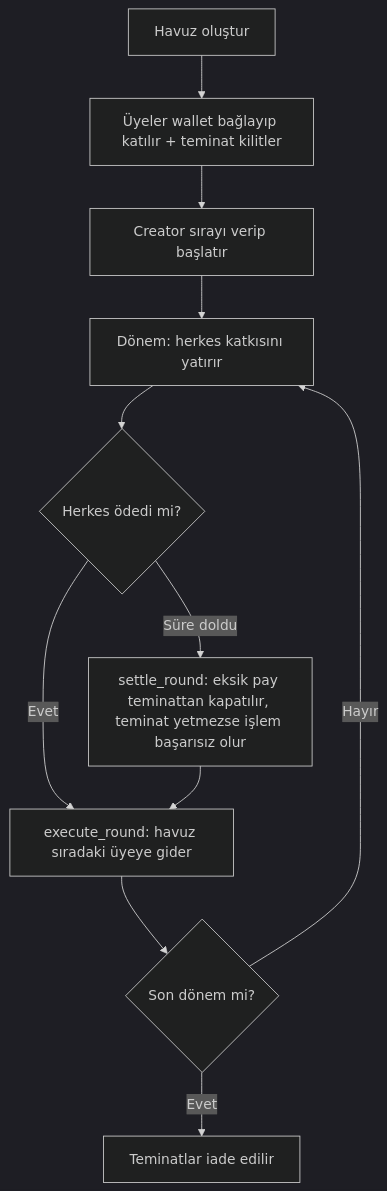
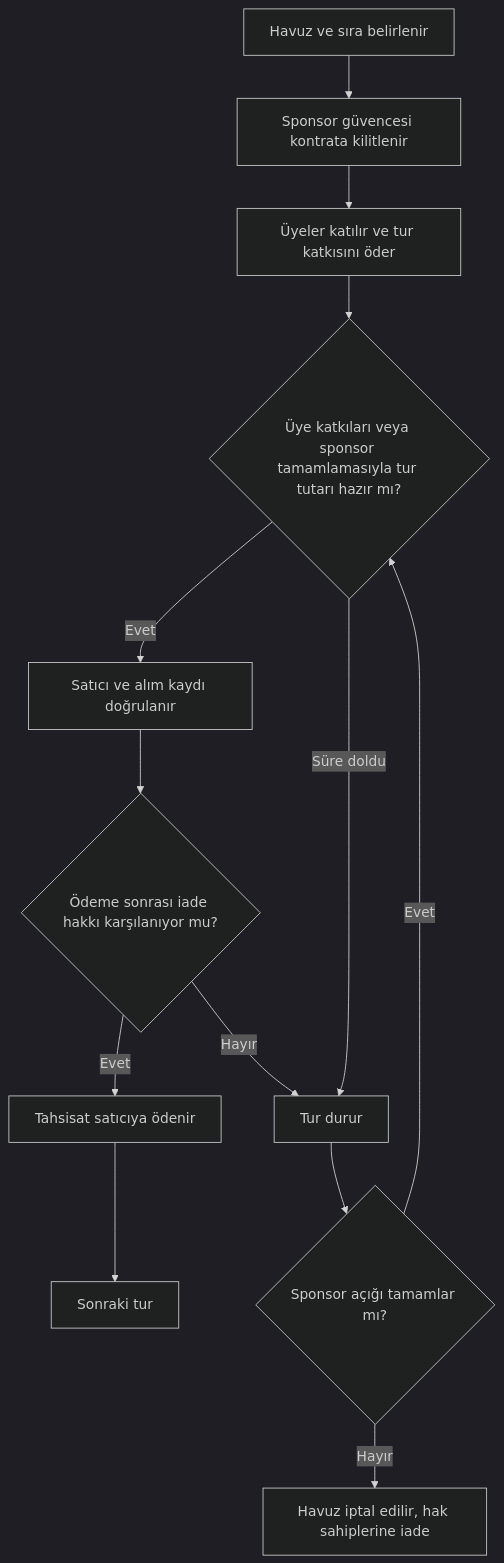
Before and after one commit to yusufarslan44/Stellerpool: the diagram in README.md, drawn with Mermaid (dark theme). The commit also changed other lines of this file and 1 other file, not shown here.

````diff
--- a/README.md
+++ b/README.md
@@ -26,13 +28,15 @@
-```mermaid
+~~~mermaid
 flowchart TD
-  A[Havuz oluştur] --> B[Üyeler wallet bağlayıp katılır + teminat kilitler]
-  B --> C[Creator sırayı verip başlatır]
-  C --> D[Dönem: herkes katkısını yatırır]
-  D --> E{Herkes ödedi mi?}
-  E -->|Evet| F[execute_round: havuz sıradaki üyeye gider]
-  E -->|Süre doldu| G[settle_round: eksik pay teminattan kapatılır, teminat yetmezse işlem başarısız olur]
-  G --> F
-  F --> H{Son dönem mi?}
-  H -->|Hayır| D
-  H -->|Evet| I[Teminatlar iade edilir]
-```
+  A[Havuz ve sıra belirlenir] --> B[Sponsor güvencesi kontrata kilitlenir]
+  B --> C[Üyeler katılır ve tur katkısını öder]
+  C --> D{Üye katkıları veya sponsor tamamlamasıyla tur tutarı hazır mı?}
+  D -->|Evet| E[Satıcı ve alım kaydı doğrulanır]
+  E --> F{Ödeme sonrası iade hakkı karşılanıyor mu?}
+  F -->|Evet| G[Tahsisat satıcıya ödenir]
+  G --> H[Sonraki tur]
+  D -->|Süre doldu| I[Tur durur]
+  F -->|Hayır| I
+  I --> K{Sponsor açığı tamamlar mı?}
+  K -->|Evet| D
+  K -->|Hayır| J[Havuz iptal edilir, hak sahiplerine iade]
+~~~
````
